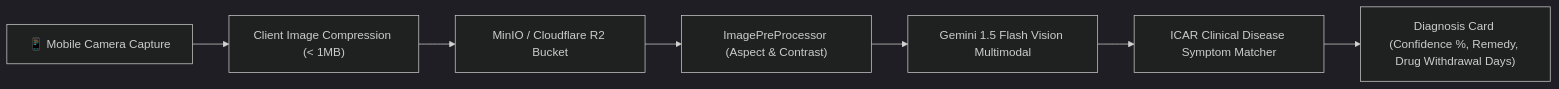
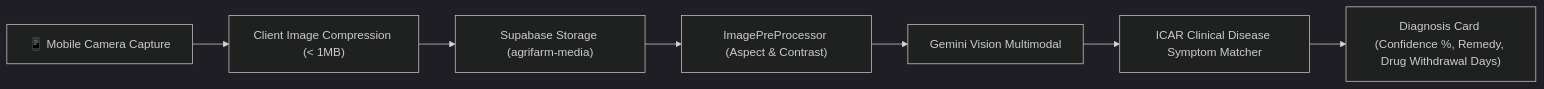
One commit to Mohitkumar7295/Agri-Farm-Assistant changed the third of 4 diagrams in docs/SYSTEM_ARCHITECTURE.md. Above: the diagram before and after it, drawn with Mermaid (dark theme). The commit also changed other lines of this file and 7 other files, not shown here.

Commit message:
docs: align architecture on Supabase + 100% Java Spring AI RAG, add AGENTS.md and ROADMAP.md

````diff
--- a/docs/SYSTEM_ARCHITECTURE.md
+++ b/docs/SYSTEM_ARCHITECTURE.md
@@ -211,9 +224,9 @@
 ```mermaid
 flowchart LR
     Cam["📱 Mobile Camera Capture"] --> Compress["Client Image Compression (< 1MB)"]
-    Compress --> Upload["MinIO / Cloudflare R2 Bucket"]
+    Compress --> Upload["Supabase Storage (agrifarm-media)"]
     Upload --> PreProc["ImagePreProcessor (Aspect & Contrast)"]
-    PreProc --> VisionLLM["Gemini 1.5 Flash Vision Multimodal"]
+    PreProc --> VisionLLM["Gemini Vision Multimodal"]
     VisionLLM --> Match["ICAR Clinical Disease Symptom Matcher"]
     Match --> UI["Diagnosis Card (Confidence %, Remedy, Drug Withdrawal Days)"]
 ```
````
